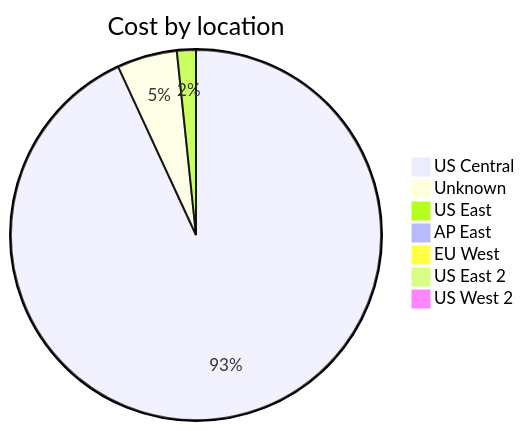
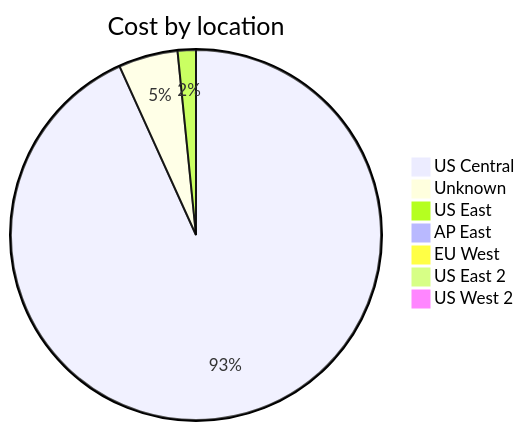
The third of 4 diagrams in cost-reports/accumulated-cost.md (jpfulton/azure-personal-reports), drawn with Mermaid before and after one commit. The commit also changed other lines of this file and 4 other files, not shown here.

````diff
--- a/cost-reports/accumulated-cost.md
+++ b/cost-reports/accumulated-cost.md
@@ -121,11 +121,11 @@
 ```mermaid
 pie
    title Cost by location
-   "US Central" : 6.75
-   "Unknown" : 0.38
+   "US Central" : 7.02
+   "Unknown" : 0.39
    "US East" : 0.12
    "AP East" : 0.00
    "EU West" : 0.00
    "US East 2" : 0.00
    "US West 2" : 0.00
 ```
````
